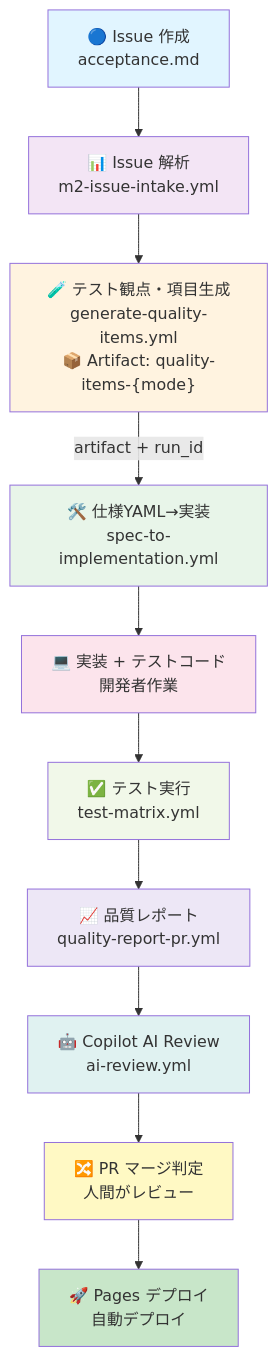
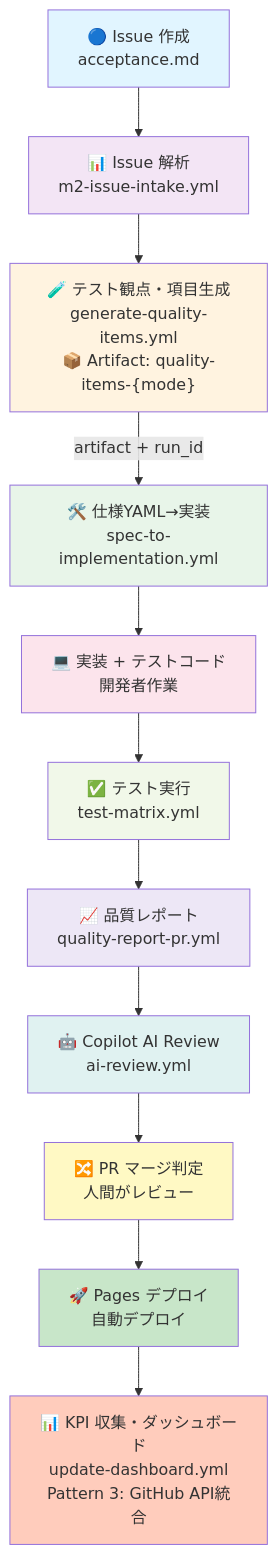
Before and after one commit to cocomomojo/copilot-quality-harness: the first of 3 diagrams in docs/OPERATION_FLOW.md, drawn with Mermaid. The commit also changed other lines of this file, not shown here.

First line of the commit message:
docs: Add Pattern 3 Dashboard section to OPERATION_FLOW.md

````diff
--- a/docs/OPERATION_FLOW.md
+++ b/docs/OPERATION_FLOW.md
@@ -16,23 +16,25 @@
 ```mermaid
 graph TD
     A["🔵 Issue 作成<br/>acceptance.md"] --> B["📊 Issue 解析<br/>m2-issue-intake.yml"]
     B --> C["🧪 テスト観点・項目生成<br/>generate-quality-items.yml<br/>📦 Artifact: quality-items-{mode}"]
     C -->|artifact + run_id| D["🛠️ 仕様YAML→実装<br/>spec-to-implementation.yml"]
     D --> E["💻 実装 + テストコード<br/>開発者作業"]
     E --> F["✅ テスト実行<br/>test-matrix.yml"]
     F --> G["📈 品質レポート<br/>quality-report-pr.yml"]
     G --> H["🤖 Copilot AI Review<br/>ai-review.yml"]
     H --> I["🔀 PR マージ判定<br/>人間がレビュー"]
     I --> J["🚀 Pages デプロイ<br/>自動デプロイ"]
+    J --> K["📊 KPI 収集・ダッシュボード<br/>update-dashboard.yml<br/>Pattern 3: GitHub API統合"]
     
     style A fill:#e1f5ff
     style B fill:#f3e5f5
     style C fill:#fff3e0
     style D fill:#e8f5e9
     style E fill:#fce4ec
     style F fill:#f1f8e9
     style G fill:#ede7f6
     style H fill:#e0f2f1
     style I fill:#fff9c4
     style J fill:#c8e6c9
+    style K fill:#ffccbc
 ```
````
